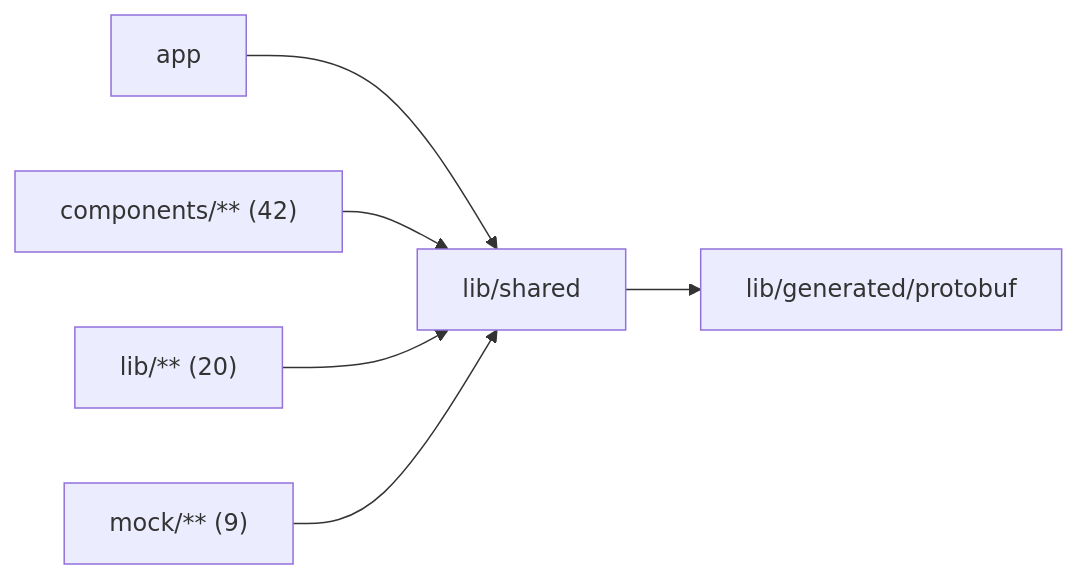
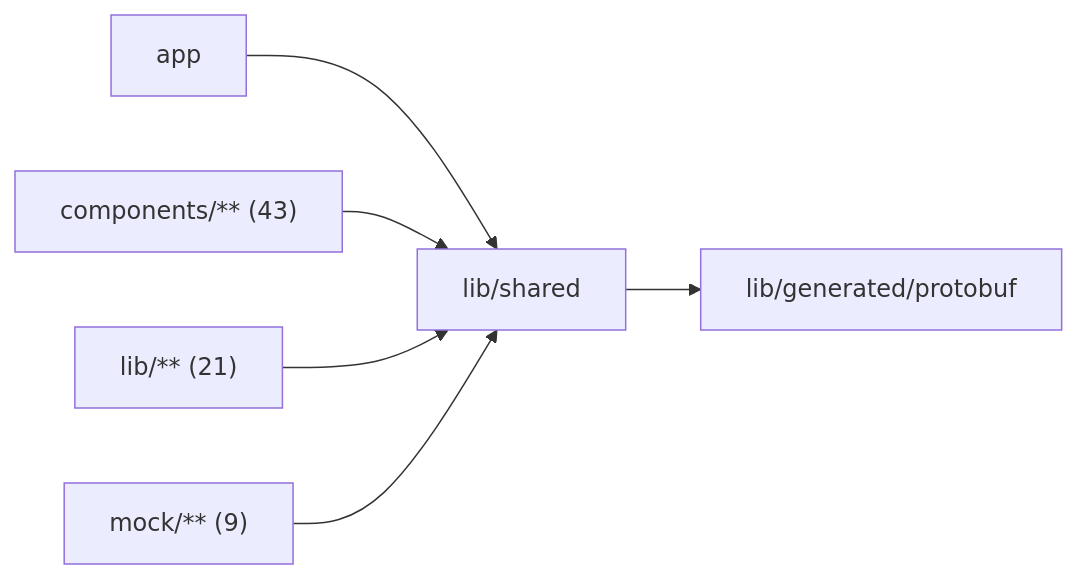
Before and after one commit to superdurable/superverse: the diagram in web/studio/lib/shared/README.md, drawn with Mermaid. The commit also changed other lines of this file and 145 other files, not shown here.

````diff
--- a/web/studio/lib/shared/README.md
+++ b/web/studio/lib/shared/README.md
@@ -10,9 +10,9 @@
 ```mermaid
 flowchart LR
   self["lib/shared"]
   c0["app"] --> self
-  c1["components/** (42)"] --> self
-  c2["lib/** (20)"] --> self
+  c1["components/** (43)"] --> self
+  c2["lib/** (21)"] --> self
   c3["mock/** (9)"] --> self
   self --> d0["lib/generated/protobuf"]
 ```
````
